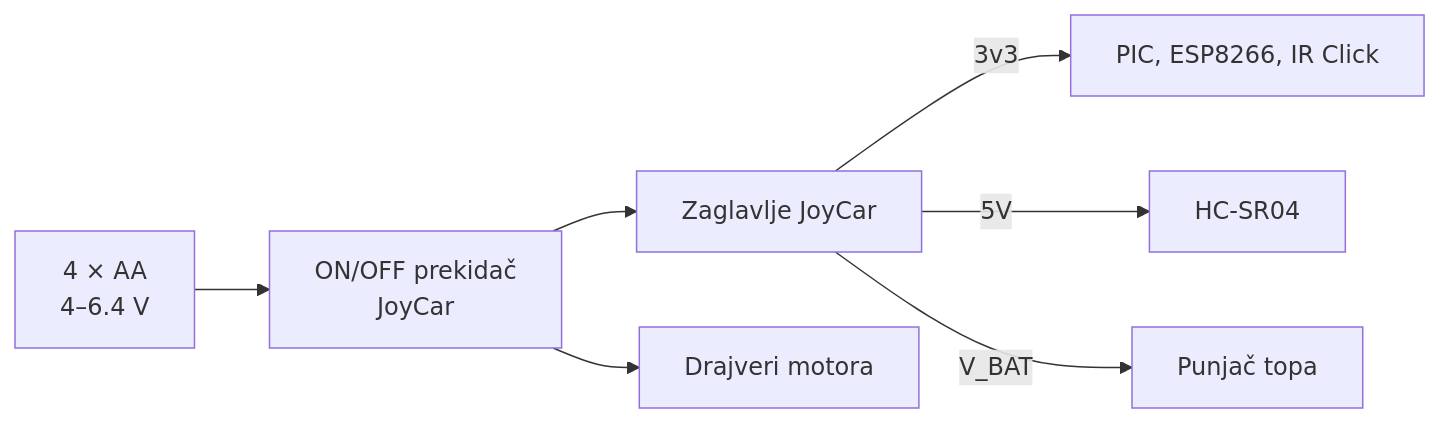
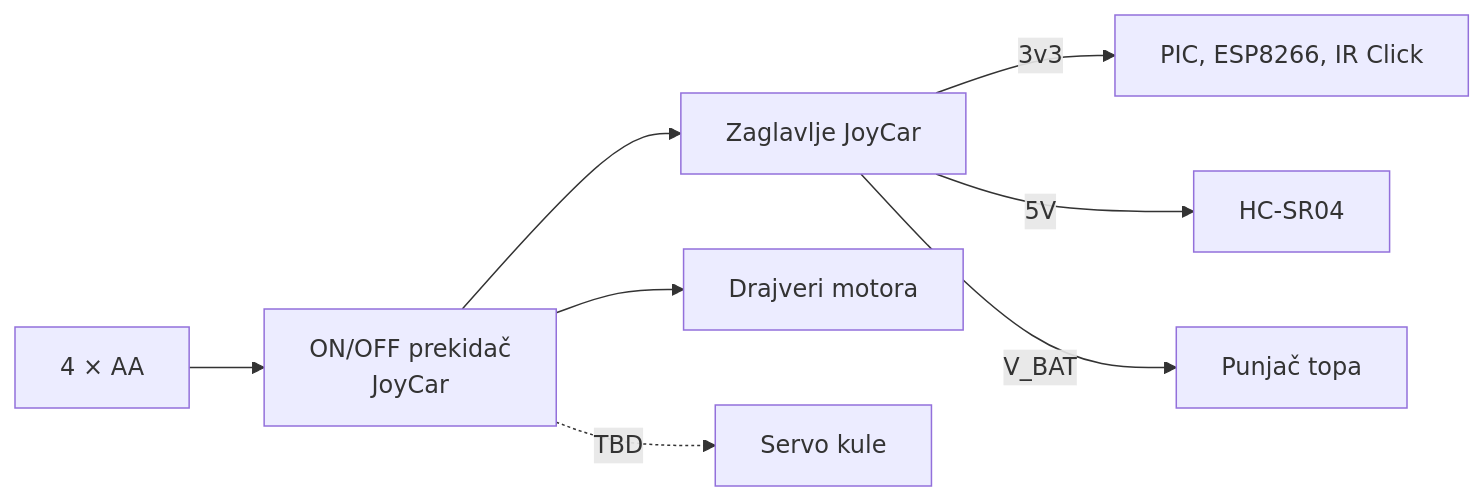
The second of 2 diagrams in docs/architecture/hardware.md (lukavidic/Vihor), drawn with Mermaid before and after one commit. The commit also changed other lines of this file, not shown here.

Commit message:
Dodana kula, servo na RB14 (v0.3)

````diff
--- a/docs/architecture/hardware.md
+++ b/docs/architecture/hardware.md
@@ -77,9 +86,10 @@
 ```mermaid
 flowchart LR
-    B["4 × AA<br/>4–6.4 V"] --> S["ON/OFF prekidač<br/>JoyCar"]
+    B["4 × AA"] --> S["ON/OFF prekidač<br/>JoyCar"]
     S --> H["Zaglavlje JoyCar"]
     H -->|3v3| L["PIC, ESP8266, IR Click"]
     H -->|5V| U["HC-SR04"]
     H -->|V_BAT| T["Punjač topa"]
     S --> M["Drajveri motora"]
+    S -.->|"TBD"| SV["Servo kule"]
 ```
````
